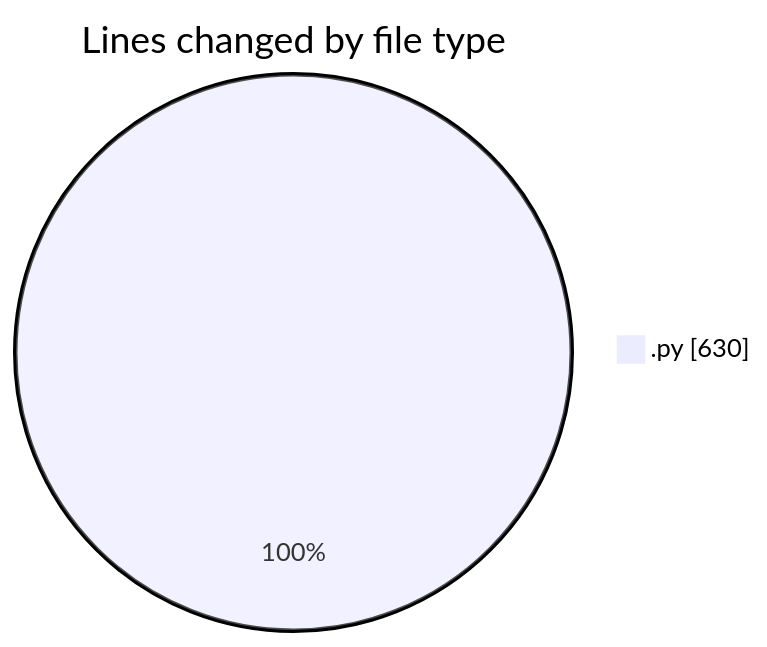
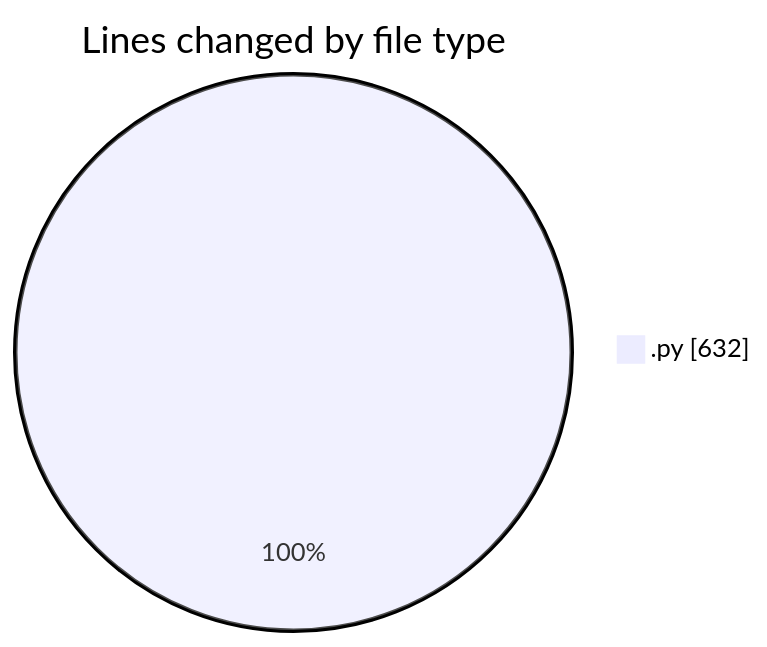
One commit to trdunsworth/code-tracking changed the first of 2 diagrams in 2025-04-23/synth_911data_gen/README.md. Above: the diagram before and after it, drawn with Mermaid. The commit also changed other lines of this file and 1 other file, not shown here.

````diff
--- a/2025-04-23/synth_911data_gen/README.md
+++ b/2025-04-23/synth_911data_gen/README.md
@@ -20,5 +20,5 @@
 ```mermaid
 pie showData
 title Lines changed by file type
-".py" : 630
+".py" : 632
 ```
````
